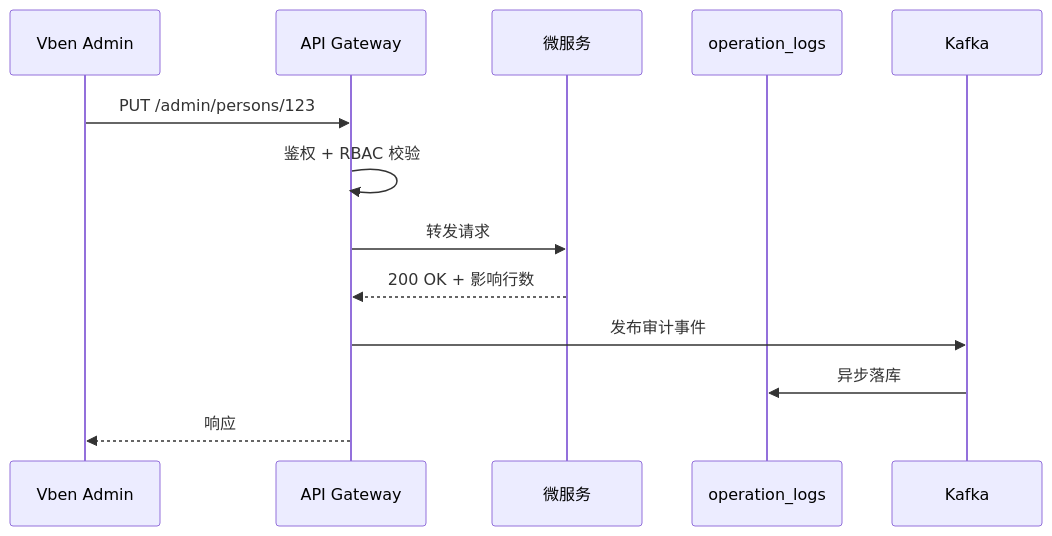
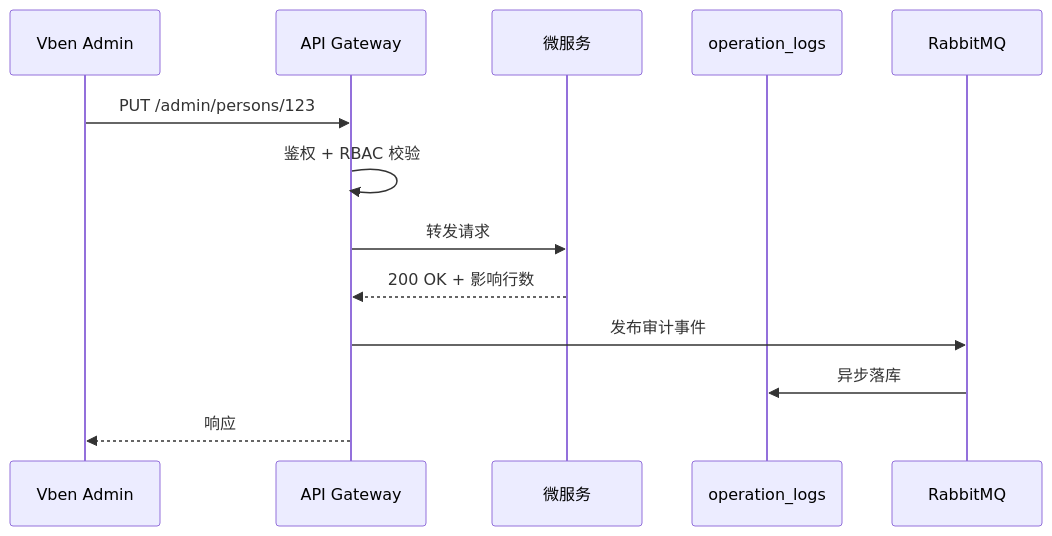
One commit to zhangzhenling/TCM-History-AI changed the fourth of 5 diagrams in 11-后台管理设计.md. Above: the diagram before and after it, drawn with Mermaid. The commit also changed other lines of this file and 8 other files, not shown here.

````diff
--- a/11-后台管理设计.md
+++ b/11-后台管理设计.md
@@ -293,16 +293,16 @@
 ```mermaid
 sequenceDiagram
     participant VB as Vben Admin
     participant GW as API Gateway
     participant SVC as 微服务
     participant DB as operation_logs
-    participant KF as Kafka
+    participant KF as RabbitMQ
 
     VB->>GW: PUT /admin/persons/123
     GW->>GW: 鉴权 + RBAC 校验
     GW->>SVC: 转发请求
     SVC-->>GW: 200 OK + 影响行数
     GW->>KF: 发布审计事件
     KF->>DB: 异步落库
     GW-->>VB: 响应
 ```
````
